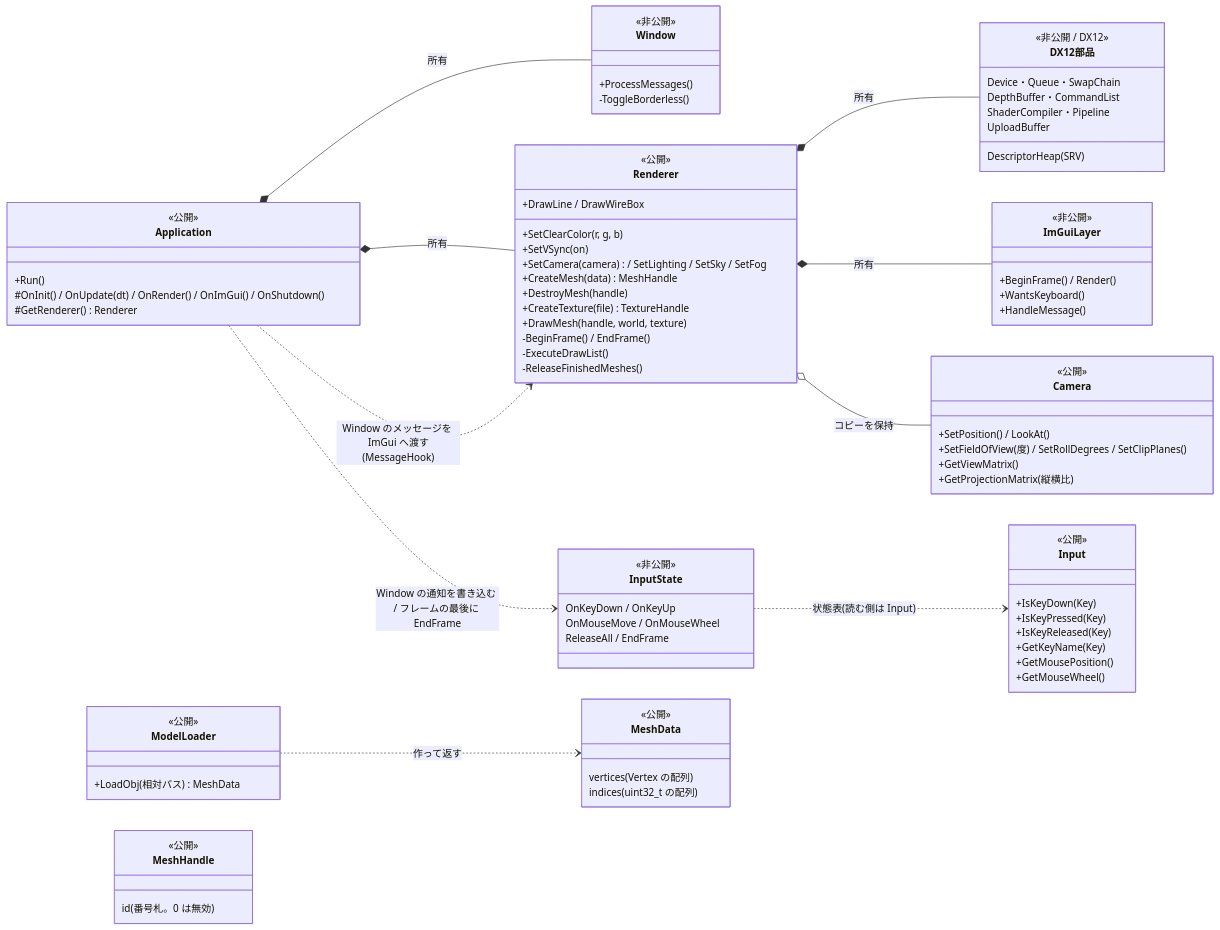
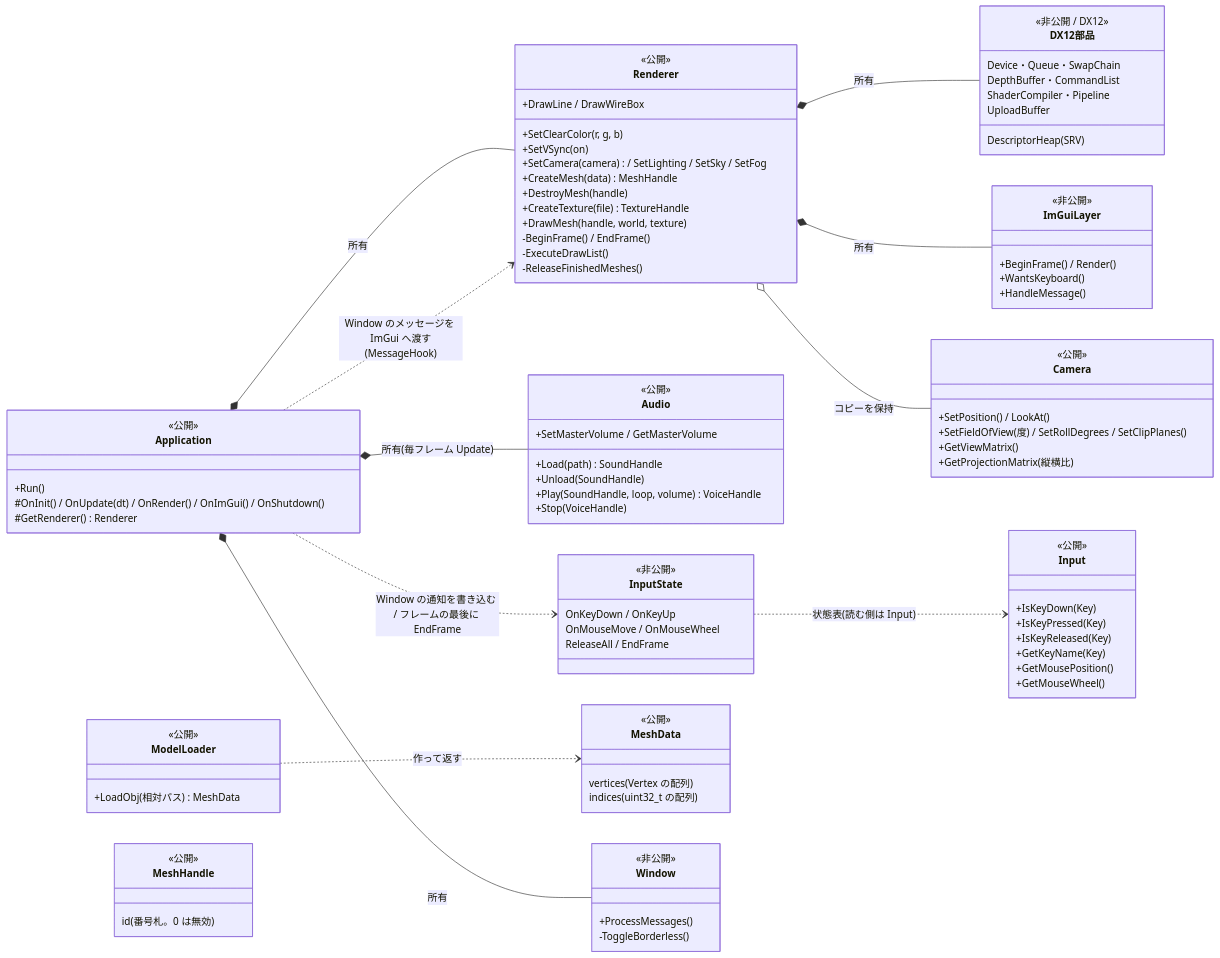
Before and after one commit to KRKRKRKRKRKRKRKRKRKR/KREngine: the first of 2 diagrams in docs/Structure.md, drawn with Mermaid. The commit also changed other lines of this file and 4 other files, not shown here.

```diff
--- a/docs/Structure.md
+++ b/docs/Structure.md
@@ -103,6 +106,14 @@
         OnKeyDown / OnKeyUp
         OnMouseMove / OnMouseWheel
         ReleaseAll / EndFrame
+    }
+    class Audio {
+        <<公開>>
+        +Load(path) SoundHandle
+        +Unload(SoundHandle)
+        +Play(SoundHandle, loop, volume) VoiceHandle
+        +Stop(VoiceHandle)
+        +SetMasterVolume / GetMasterVolume
     }
     class Renderer {
         <<公開>>
@@ -160,6 +171,7 @@
 
     Application *-- Window : 所有
     Application *-- Renderer : 所有
+    Application *-- Audio : 所有(毎フレーム Update)
     Renderer *-- DX12部品 : 所有
     Renderer *-- ImGuiLayer : 所有
     Application ..> Renderer : Window のメッセージを ImGui へ渡す(MessageHook)
```
